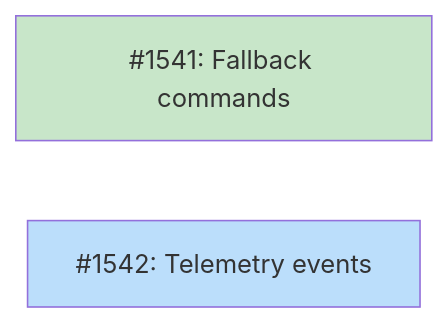
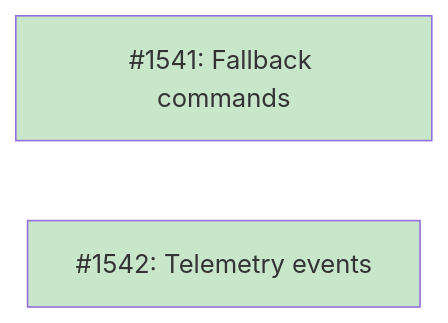
One commit to tsukumogami/tsuku changed the diagram in docs/designs/DESIGN-verification-self-repair.md. Above: the diagram before and after it, drawn with Mermaid. The commit also changed other lines of this file and 4 other files, not shown here.

````diff
--- a/docs/designs/DESIGN-verification-self-repair.md
+++ b/docs/designs/DESIGN-verification-self-repair.md
@@ -46,13 +46,12 @@
 ```mermaid
 graph LR
     I1541["#1541: Fallback commands"]
     I1542["#1542: Telemetry events"]
 
     classDef done fill:#c8e6c9
     classDef ready fill:#bbdefb
     classDef blocked fill:#fff9c4
     classDef needsDesign fill:#e1bee7
 
-    class I1541 done
-    class I1542 ready
+    class I1541,I1542 done
 ```
````
